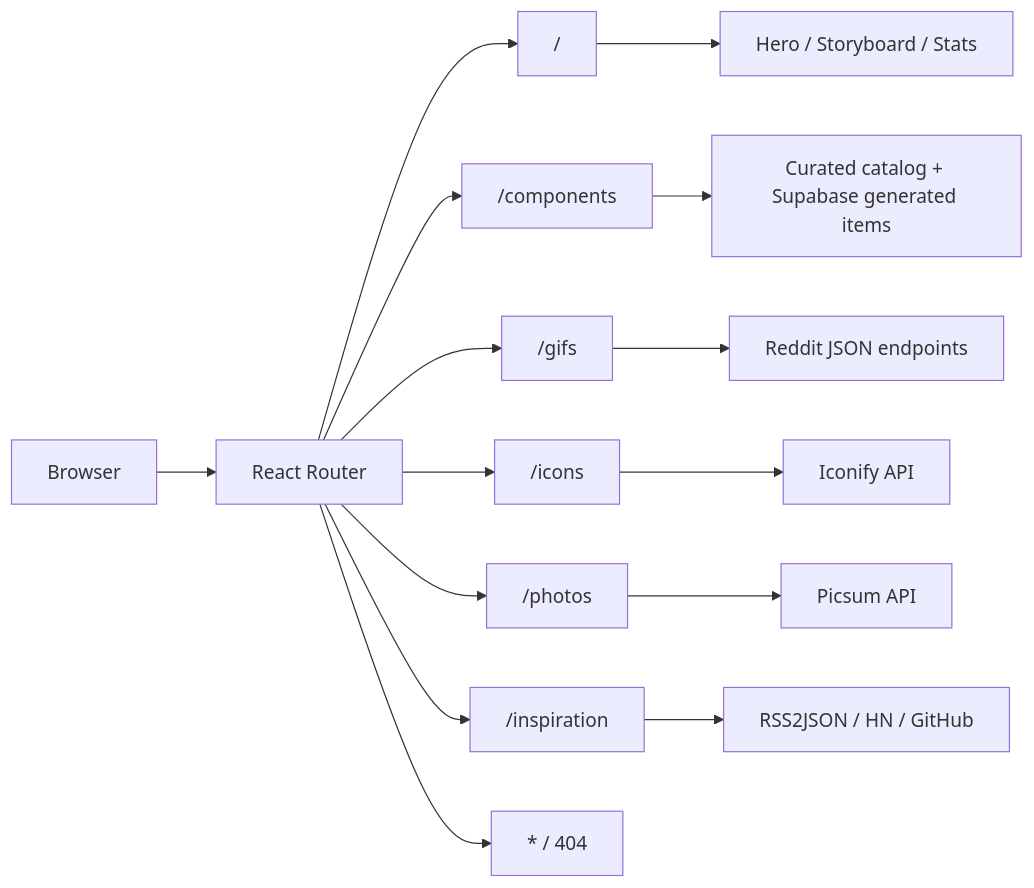
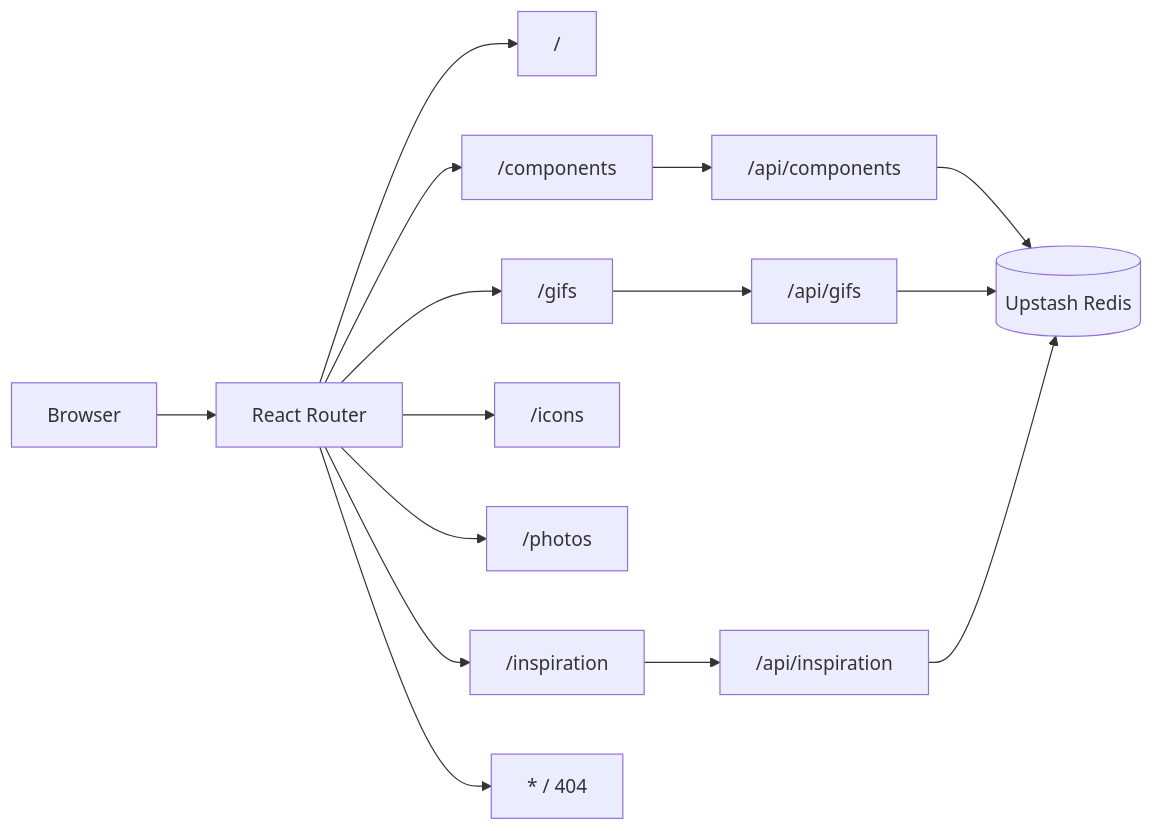
The first of 4 diagrams in DOCUMENTATION.md (DominceAseberos/live-pixvault), drawn with Mermaid before and after one commit. The commit also changed other lines of this file and 26 other files, not shown here.

````diff
--- a/DOCUMENTATION.md
+++ b/DOCUMENTATION.md
@@ -46,18 +84,19 @@
 ```mermaid
 flowchart LR
   Browser --> Router[React Router]
   Router --> Home["/"]
   Router --> Components["/components"]
   Router --> Gifs["/gifs"]
   Router --> Icons["/icons"]
   Router --> Photos["/photos"]
   Router --> Inspiration["/inspiration"]
   Router --> Missing["* / 404"]
 
-  Home --> Story[Hero / Storyboard / Stats]
-  Components --> Catalog[Curated catalog + Supabase generated items]
-  Gifs --> Reddit[Reddit JSON endpoints]
-  Icons --> Iconify[Iconify API]
-  Photos --> Picsum[Picsum API]
-  Inspiration --> Feeds[RSS2JSON / HN / GitHub]
+  Components --> ComponentsAPI["/api/components"]
+  Gifs --> GifsAPI["/api/gifs"]
+  Inspiration --> InspirationAPI["/api/inspiration"]
+
+  ComponentsAPI --> Redis[(Upstash Redis)]
+  GifsAPI --> Redis
+  InspirationAPI --> Redis
 ```
````
